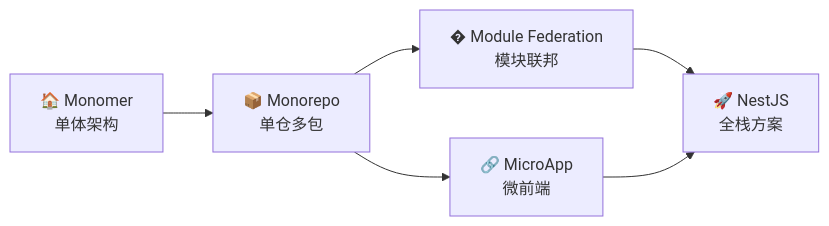
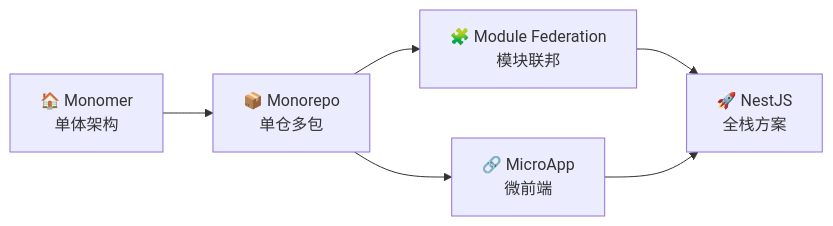
Before and after one commit to ChenyCHENYU/Robot_Admin: the diagram in README.md, drawn with Mermaid. The commit also changed other lines of this file and 83 other files, not shown here.

````diff
--- a/README.md
+++ b/README.md
@@ -466,8 +474,8 @@
 ```mermaid
 graph LR
     A[🏠 Monomer<br/>单体架构] --> B[📦 Monorepo<br/>单仓多包]
-    B --> C[� Module Federation<br/>模块联邦]
+    B --> C[🧩 Module Federation<br/>模块联邦]
     B --> D[🔗 MicroApp<br/>微前端]
     C --> E[🚀 NestJS<br/>全栈方案]
     D --> E
 ```
````
